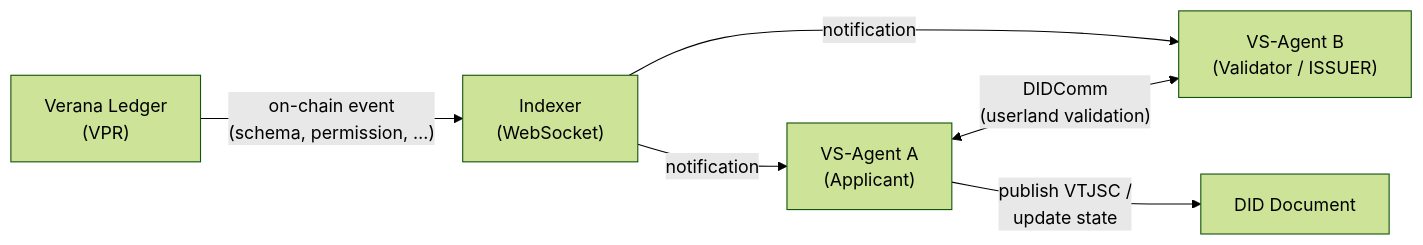
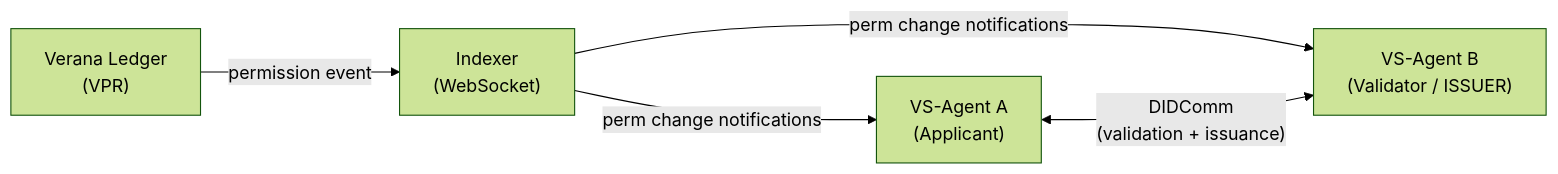
Before and after one commit to 2060-io/vs-agent: the second of 3 diagrams in spec/vs-agent-core.md, drawn with Mermaid (forest theme). The commit also changed other lines of this file, not shown here.

Commit message:
docs: split §1 overview into separate diagrams and simplify Figure 1b

````diff
--- a/spec/vs-agent-core.md
+++ b/spec/vs-agent-core.md
@@ -16,14 +30,12 @@
 ```mermaid
 flowchart LR
     VPR["Verana Ledger<br/>(VPR)"]
     IDX["Indexer<br/>(WebSocket)"]
     VSA["VS-Agent A<br/>(Applicant)"]
     VSB["VS-Agent B<br/>(Validator / ISSUER)"]
-    DID["DID Document"]
 
-    VPR -- "on-chain event<br/>(schema, permission, …)" --> IDX
-    IDX -- "notification" --> VSA
-    IDX -- "notification" --> VSB
-    VSA <-- "DIDComm<br/>(userland validation)" --> VSB
-    VSA -- "publish VTJSC /<br/>update state" --> DID
+    VPR -- "permission event" --> IDX
+    IDX -- "perm change notifications" --> VSA
+    IDX -- "perm change notifications" --> VSB
+    VSA <-- "DIDComm<br/>(validation + issuance)" --> VSB
 ```
````
